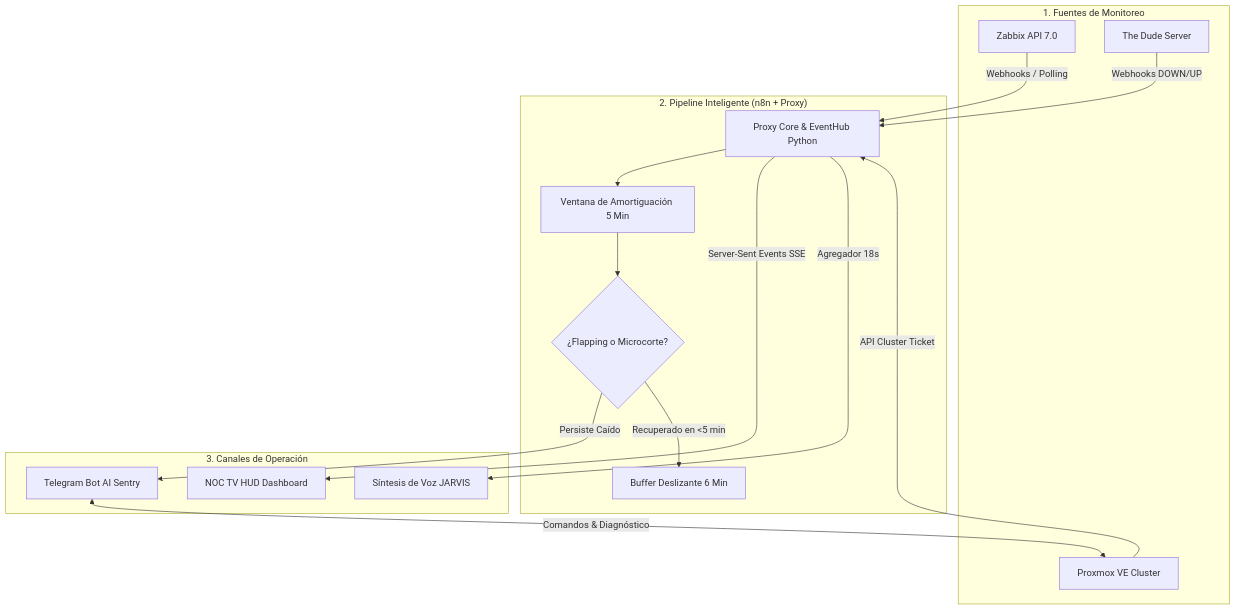
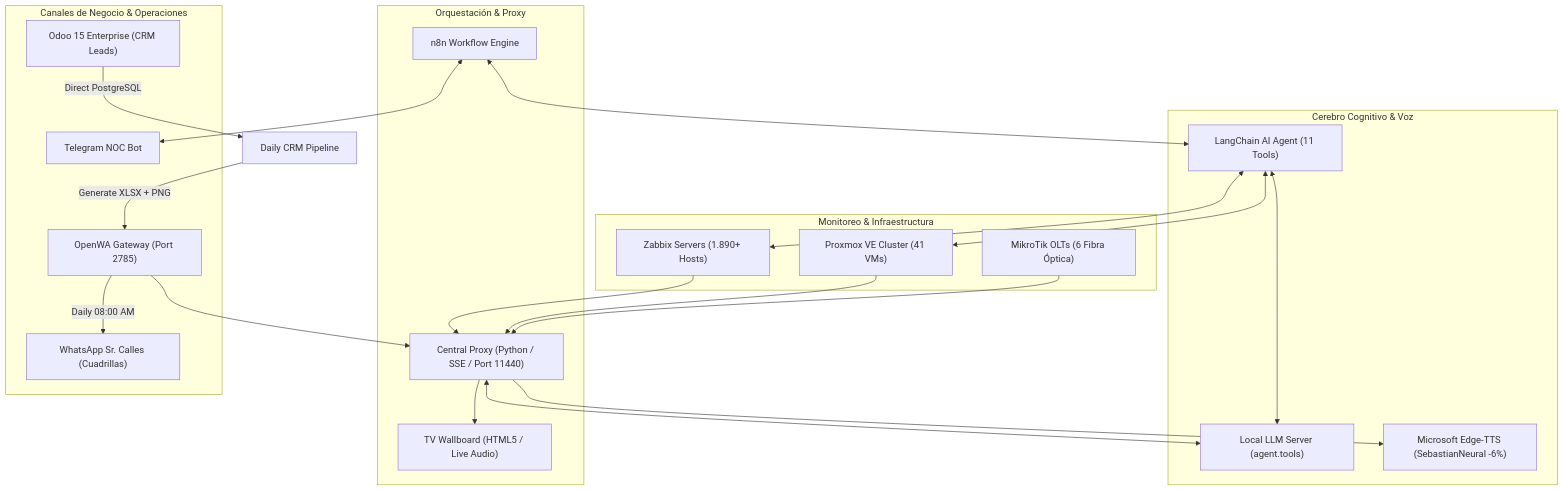
One commit to Cristiangabs/noc-automation-ai changed the diagram in README.md. Above: the diagram before and after it, drawn with Mermaid. The commit also changed other lines of this file and 16 other files, not shown here.

Commit message:
feat: complete overhaul of NOC platform, local LLM, Odoo CRM pipeline, and multi-tenant WhatsApp integration

````diff
--- a/README.md
+++ b/README.md
@@ -16,34 +15,45 @@
 ```mermaid
 flowchart TD
-    subgraph Monitoreo["1. Fuentes de Monitoreo"]
-        ZB[Zabbix API 7.0]
-        TD[The Dude Server]
-        PMX[Proxmox VE Cluster]
+    subgraph Monitoreo & Infraestructura
+        ZBX["Zabbix Servers (1.890+ Hosts)"]
+        PMX["Proxmox VE Cluster (41 VMs)"]
+        OLT["MikroTik OLTs (6 Fibra Óptica)"]
     end
 
-    subgraph Pipeline["2. Pipeline Inteligente (n8n + Proxy)"]
-        PROXY[Proxy Core & EventHub Python]
-        WAIT[Ventana de Amortiguación 5 Min]
-        FILTER{¿Flapping o Microcorte?}
-        MEM[Buffer Deslizante 6 Min]
+    subgraph Cerebro Cognitivo & Voz
+        LLM["Local LLM Server (agent.tools)"]
+        TTS["Microsoft Edge-TTS (SebastianNeural -6%)"]
+        AI_AGENT["LangChain AI Agent (11 Tools)"]
     end
 
-    subgraph Despacho["3. Canales de Operación"]
-        TG[Telegram Bot AI Sentry]
-        TV[NOC TV HUD Dashboard]
-        TTS[Síntesis de Voz JARVIS]
+    subgraph Orquestación & Proxy
+        PROXY["Central Proxy (Python / SSE / Port 11440)"]
+        N8N["n8n Workflow Engine"]
+        WALLBOARD["TV Wallboard (HTML5 / Live Audio)"]
     end
 
-    ZB -->|Webhooks / Polling| PROXY
-    TD -->|Webhooks DOWN/UP| PROXY
-    PMX -->|API Cluster Ticket| PROXY
+    subgraph Canales de Negocio & Operaciones
+        WA_GW["OpenWA Gateway (Port 2785)"]
+        TG_BOT["Telegram NOC Bot"]
+        ODOO["Odoo 15 Enterprise (CRM Leads)"]
+        SR_CALLES["WhatsApp Sr. Calles (Cuadrillas)"]
+    end
 
-    PROXY --> WAIT
-    WAIT --> FILTER
-    FILTER -->|Persiste Caído| TG
-    FILTER -->|Recuperado en <5 min| MEM
-    
-    PROXY -->|Server-Sent Events SSE| TV
-    PROXY -->|Agregador 18s| TTS
-    TG <-->|Comandos & Diagnóstico| PMX
+    ZBX --> PROXY
+    PMX --> PROXY
+    OLT --> PROXY
+    PROXY --> WALLBOARD
+    PROXY <--> LLM
+    PROXY --> TTS
+
+    WA_GW --> PROXY
+    N8N <--> AI_AGENT
+    AI_AGENT <--> LLM
+    AI_AGENT <--> ZBX
+    AI_AGENT <--> PMX
+    N8N <--> TG_BOT
+
+    ODOO -->|Direct PostgreSQL| CRM_SCRIPT["Daily CRM Pipeline"]
+    CRM_SCRIPT -->|Generate XLSX + PNG| WA_GW
+    WA_GW -->|Daily 08:00 AM| SR_CALLES
 ```
````
